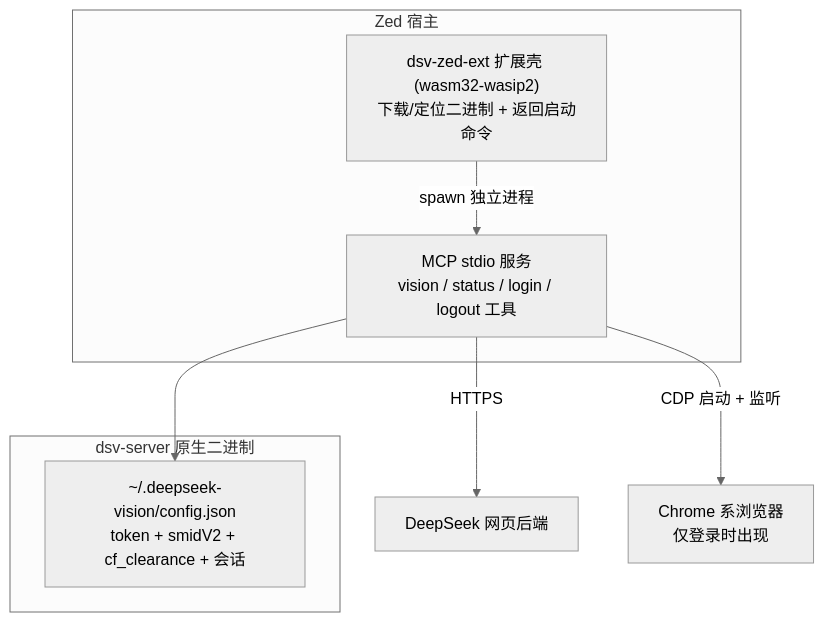
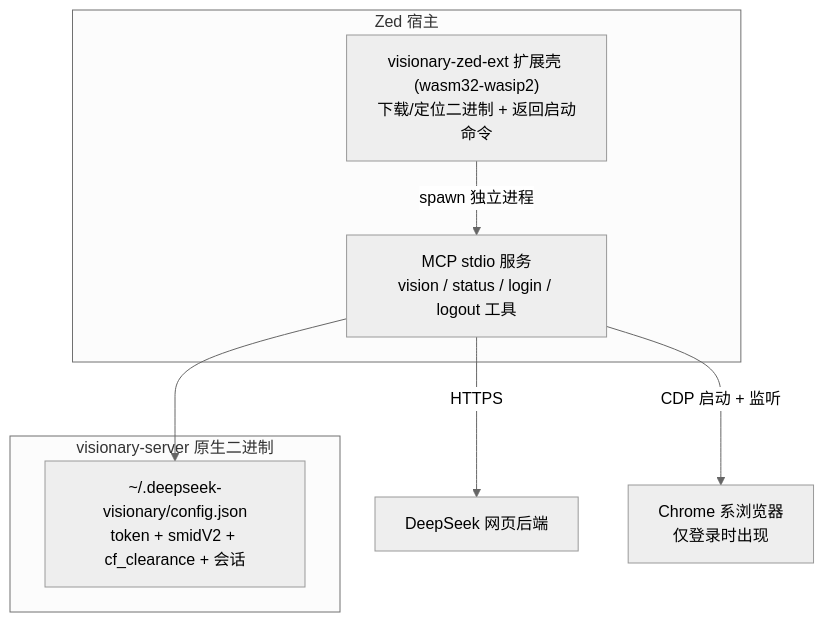
The diagram in README.md (xlight/deepseek-visionary), drawn with Mermaid (neutral theme) before and after one commit. The commit also changed other lines of this file and 28 other files, not shown here.

First line of the commit message:
项目更名为 deepseek-visionary

````diff
--- a/README.md
+++ b/README.md
@@ -9,14 +9,14 @@
 ```mermaid
 graph TD
     subgraph Zed 宿主
-        EXT["dsv-zed-ext 扩展壳 (wasm32-wasip2)<br/>下载/定位二进制 + 返回启动命令"]
+        EXT["visionary-zed-ext 扩展壳 (wasm32-wasip2)<br/>下载/定位二进制 + 返回启动命令"]
         EXT -->|spawn 独立进程| SRV
     end
-    subgraph dsv-server 原生二进制
+    subgraph visionary-server 原生二进制
         SRV["MCP stdio 服务<br/>vision / status / login / logout 工具"]
-        CFG["~/.deepseek-vision/config.json<br/>token + smidV2 + cf_clearance + 会话"]
+        CFG["~/.deepseek-visionary/config.json<br/>token + smidV2 + cf_clearance + 会话"]
         SRV --> CFG
     end
     SRV -->|HTTPS| DS["DeepSeek 网页后端"]
     SRV -->|CDP 启动 + 监听| BRO["Chrome 系浏览器<br/>仅登录时出现"]
 ```
````
